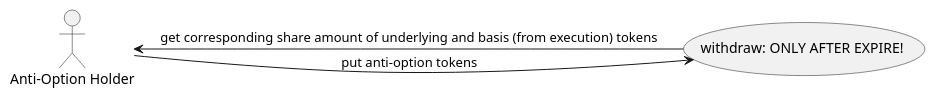
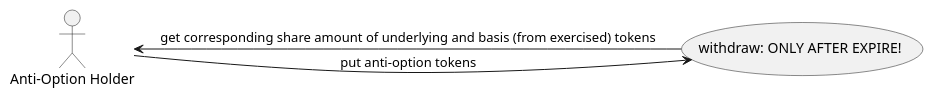
One commit to mxn/eth_option changed the diagram in docs/dias/withdraw.puml. Above: the diagram before and after it, drawn with PlantUML. The commit also changed 4 other files, not shown here.

```diff
--- a/docs/dias/withdraw.puml
+++ b/docs/dias/withdraw.puml
@@ -1,9 +1,9 @@
 @startuml
 :Anti-Option Holder: as Holder
 (withdraw: ONLY AFTER EXPIRE!) as (withdraw)
 
 Holder -> (withdraw): put anti-option tokens
 
-(withdraw) -> Holder: get corresponding share amount of underlying and basis (from execution) tokens
+(withdraw) -> Holder: get corresponding share amount of underlying and basis (from exercised) tokens
 
 @enduml
```
